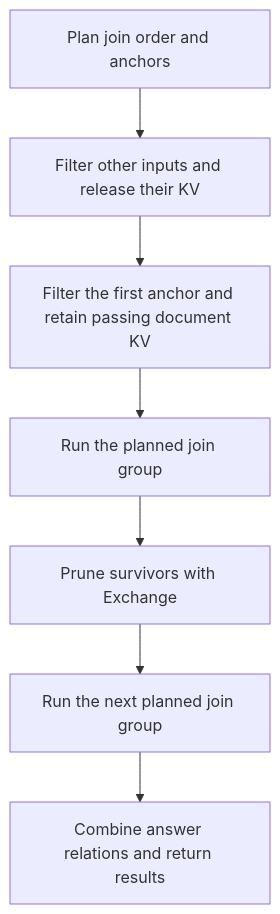
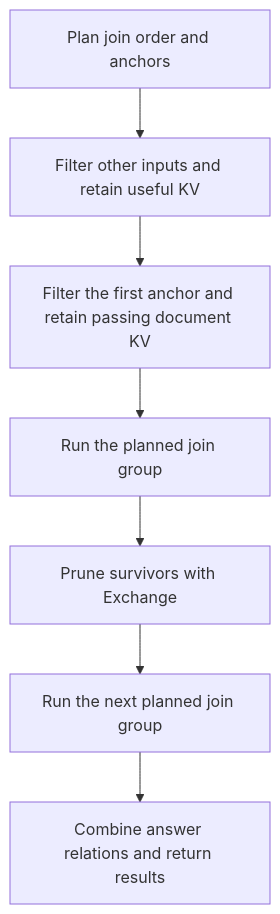
The diagram in reports/shipped_features/2026-09-05-fixed-join-plans.md (fsdatalab/quail), drawn with Mermaid before and after one commit. The commit also changed other lines of this file and 30 other files, not shown here.

````diff
--- a/reports/shipped_features/2026-09-05-fixed-join-plans.md
+++ b/reports/shipped_features/2026-09-05-fixed-join-plans.md
@@ -24,9 +22,9 @@
 ```mermaid
 flowchart TD
-    P[Plan join order and anchors] --> F[Filter other inputs and release their KV]
+    P[Plan join order and anchors] --> F[Filter other inputs and retain useful KV]
     F --> A[Filter the first anchor and retain passing document KV]
     A --> J[Run the planned join group]
     J --> E[Prune survivors with Exchange]
     E --> N[Run the next planned join group]
     N --> R[Combine answer relations and return results]
 ```
````
